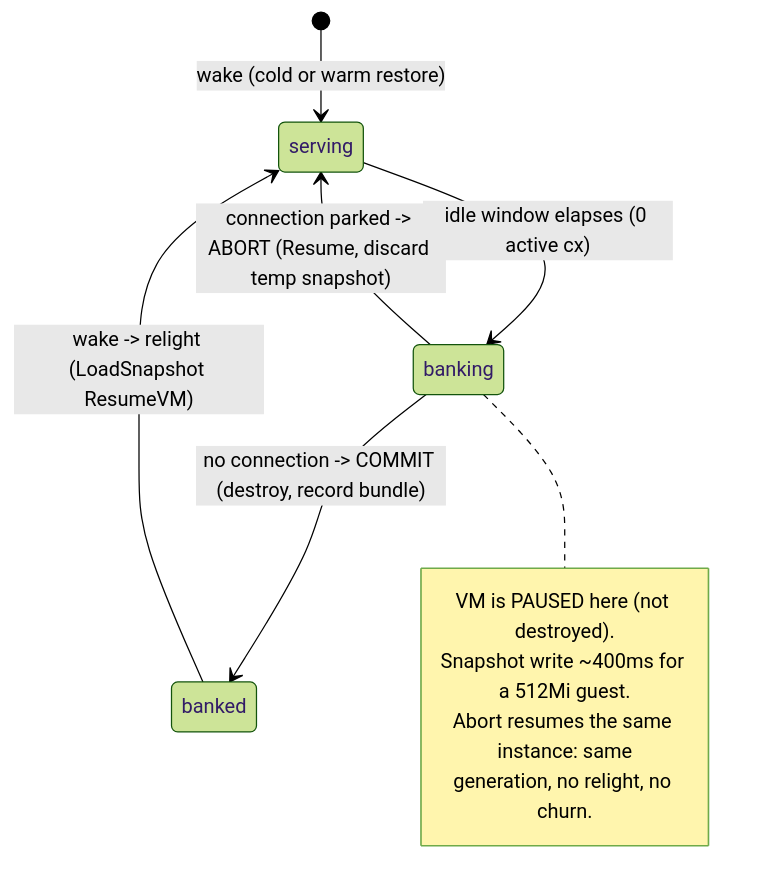
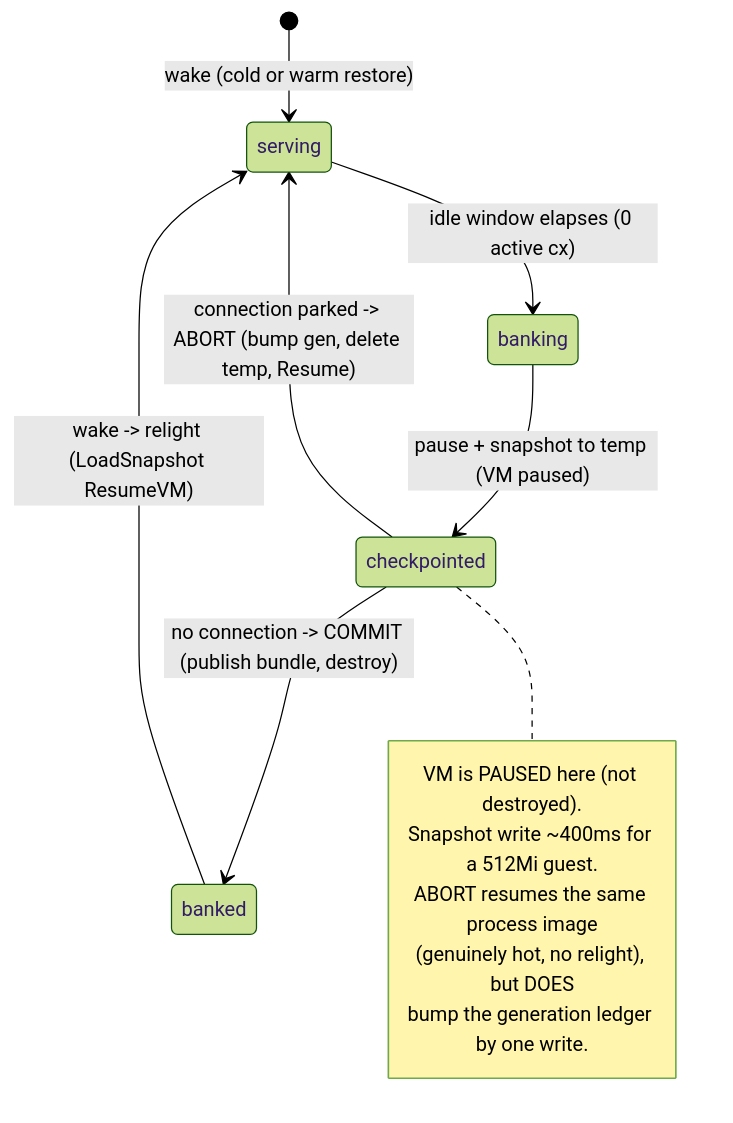
The diagram in docs/decisions/embervm/008-interruptible-bank-stateful-datastores.md (jomcgi-org/homelab), drawn with Mermaid (forest theme) before and after one commit. The commit also changed other lines of this file and 2 other files, not shown here.

````diff
--- a/docs/decisions/embervm/008-interruptible-bank-stateful-datastores.md
+++ b/docs/decisions/embervm/008-interruptible-bank-stateful-datastores.md
@@ -115,14 +137,16 @@
 ```mermaid
 stateDiagram-v2
     [*] --> serving: wake (cold or warm restore)
     serving --> banking: idle window elapses (0 active cx)
-    banking --> serving: connection parked -> ABORT (Resume, discard temp snapshot)
-    banking --> banked: no connection -> COMMIT (destroy, record bundle)
+    checkpointed --> serving: connection parked -> ABORT (bump gen, delete temp, Resume)
+    banking --> checkpointed: pause + snapshot to temp (VM paused)
+    checkpointed --> banked: no connection -> COMMIT (publish bundle, destroy)
     banked --> serving: wake -> relight (LoadSnapshot ResumeVM)
-    note right of banking
+    note right of checkpointed
         VM is PAUSED here (not destroyed).
         Snapshot write ~400ms for a 512Mi guest.
-        Abort resumes the same instance: same
-        generation, no relight, no churn.
+        ABORT resumes the same process image
+        (genuinely hot, no relight), but DOES
+        bump the generation ledger by one write.
     end note
 ```
````
